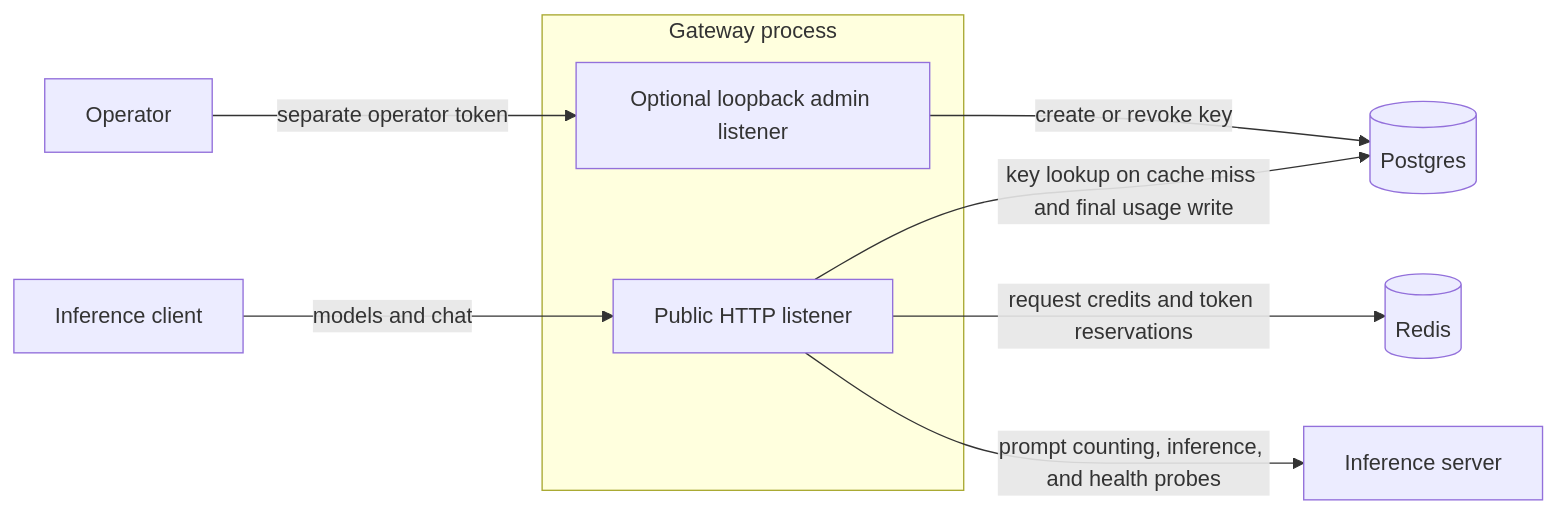
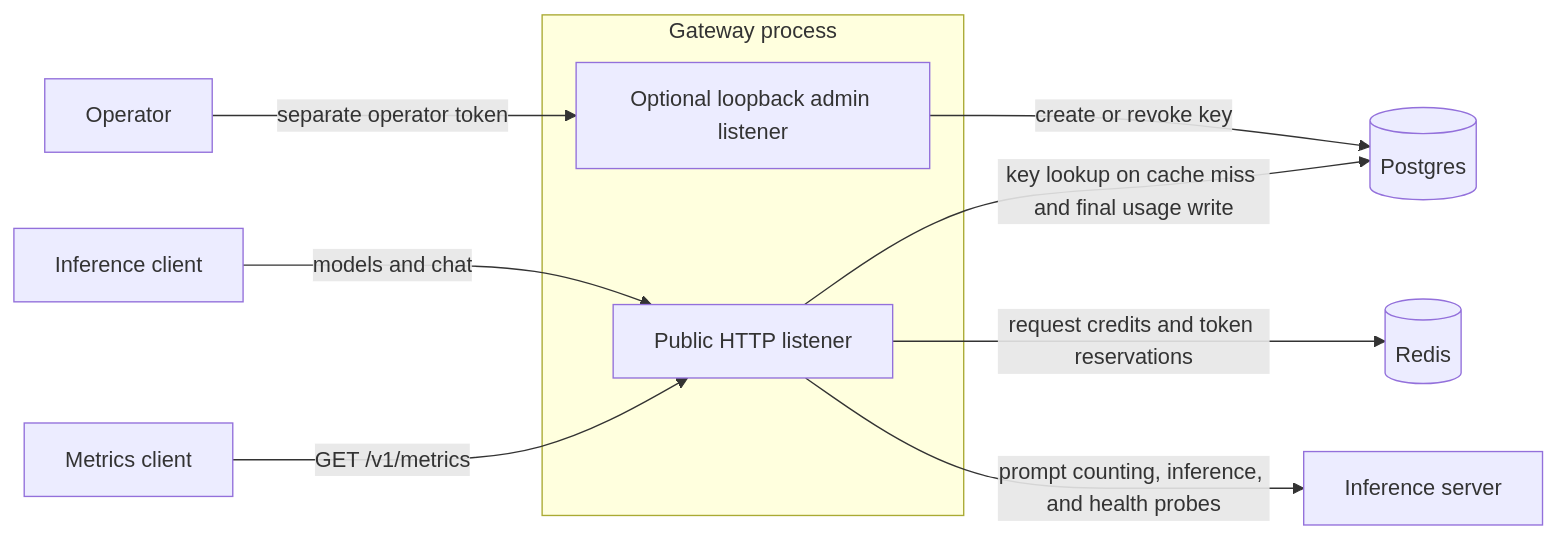
One commit to TheRealShek/llmgate changed the diagram in README.md. Above: the diagram before and after it, drawn with Mermaid. The commit also changed other lines of this file and 20 other files, not shown here.

````diff
--- a/README.md
+++ b/README.md
@@ -42,13 +42,14 @@
 ```mermaid
 flowchart LR
     Client[Inference client] -->|models and chat| Public
     Operator[Operator] -->|separate operator token| Admin
+    Scraper[Metrics client] -->|GET /v1/metrics| Public
     subgraph Gateway[Gateway process]
         Public[Public HTTP listener]
         Admin[Optional loopback admin listener]
     end
     Public -->|key lookup on cache miss and final usage write| PG[(Postgres)]
     Admin -->|create or revoke key| PG
     Public -->|request credits and token reservations| Redis[(Redis)]
     Public -->|prompt counting, inference, and health probes| Backend[Inference server]
 ```
````
